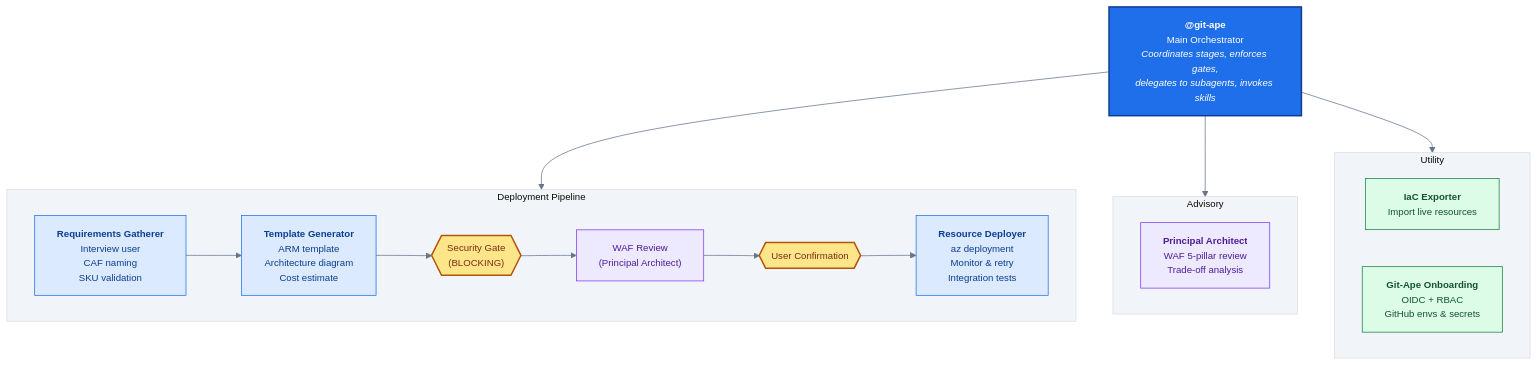
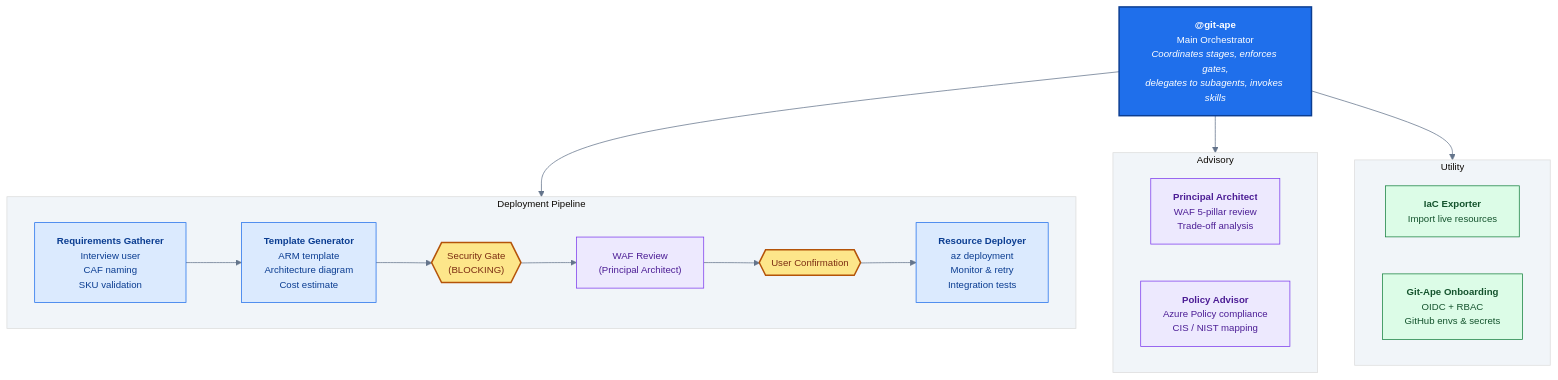
Before and after one commit to Spencerx/git-ape: the first of 3 diagrams in README.md, drawn with Mermaid. The commit also changed other lines of this file and 27 other files, not shown here.

````diff
--- a/README.md
+++ b/README.md
@@ -129,41 +129,42 @@
 ```mermaid
 %%{init: {'theme':'base','themeVariables':{'fontSize':'13px','lineColor':'#64748b','textColor':'#1e293b','primaryTextColor':'#0f172a','edgeLabelBackground':'#f8fafc','tertiaryColor':'#f1f5f9'}}}%%
 graph TD
     GA["<b>@git-ape</b><br/>Main Orchestrator<br/><i>Coordinates stages, enforces gates,<br/>delegates to subagents, invokes skills</i>"]
 
     GA --> DP
     GA --> AD
     GA --> UT
 
     subgraph DP ["Deployment Pipeline"]
         RG["<b>Requirements Gatherer</b><br/>Interview user<br/>CAF naming<br/>SKU validation"]
         TG["<b>Template Generator</b><br/>ARM template<br/>Architecture diagram<br/>Cost estimate"]
         SG{{"Security Gate<br/>(BLOCKING)"}}
         WR["WAF Review<br/>(Principal Architect)"]
         UC{{"User Confirmation"}}
         RD["<b>Resource Deployer</b><br/>az deployment<br/>Monitor & retry<br/>Integration tests"]
 
         RG --> TG --> SG --> WR --> UC --> RD
     end
 
     subgraph AD ["Advisory"]
         PA["<b>Principal Architect</b><br/>WAF 5-pillar review<br/>Trade-off analysis"]
+        PO["<b>Policy Advisor</b><br/>Azure Policy compliance<br/>CIS / NIST mapping"]
     end
 
     subgraph UT ["Utility"]
         IE["<b>IaC Exporter</b><br/>Import live resources"]
         OB["<b>Git-Ape Onboarding</b><br/>OIDC + RBAC<br/>GitHub envs & secrets"]
     end
 
     classDef orchestrator fill:#1f6feb,stroke:#0b3d91,stroke-width:2px,color:#ffffff
     classDef pipeline fill:#dbeafe,stroke:#1f6feb,stroke-width:1px,color:#0b3d91
     classDef gate fill:#fde68a,stroke:#b45309,stroke-width:2px,color:#7c2d12
     classDef advisory fill:#ede9fe,stroke:#7c3aed,stroke-width:1px,color:#4c1d95
     classDef utility fill:#dcfce7,stroke:#15803d,stroke-width:1px,color:#14532d
 
     class GA orchestrator
     class RG,TG,RD pipeline
     class SG,UC gate
-    class WR,PA advisory
+    class WR,PA,PO advisory
     class IE,OB utility
 ```
````
